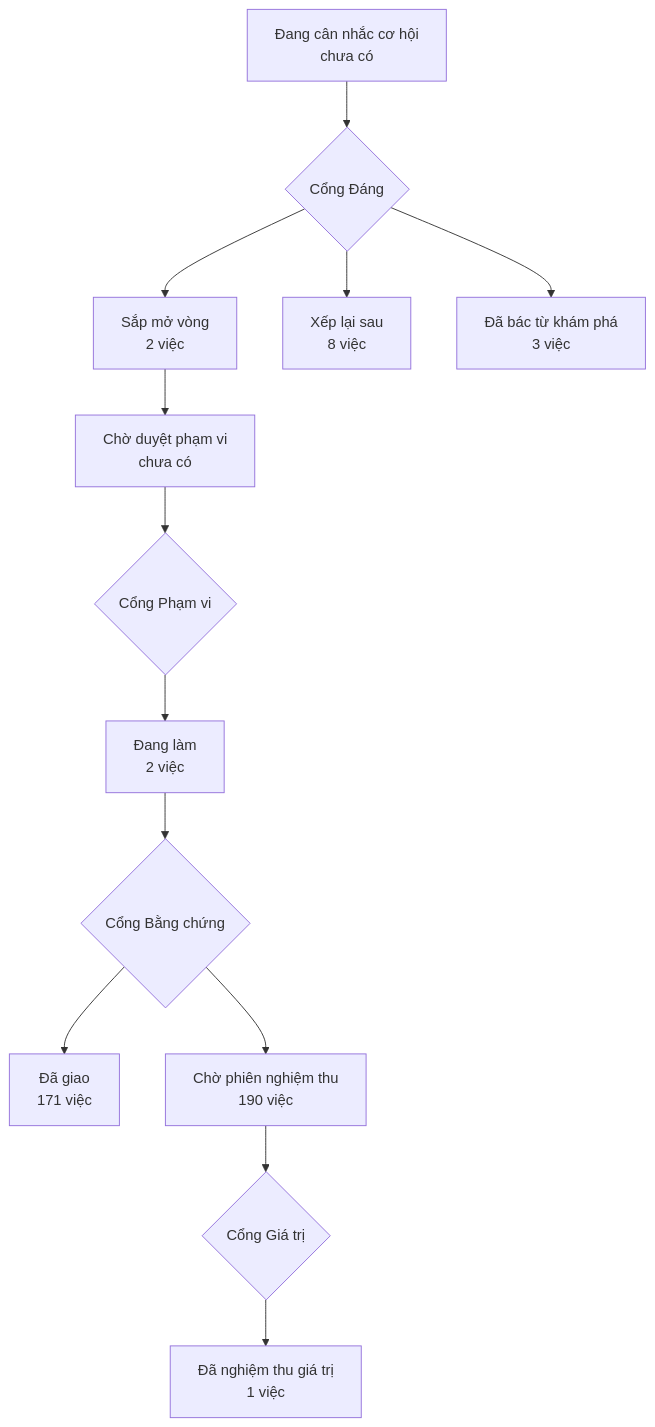
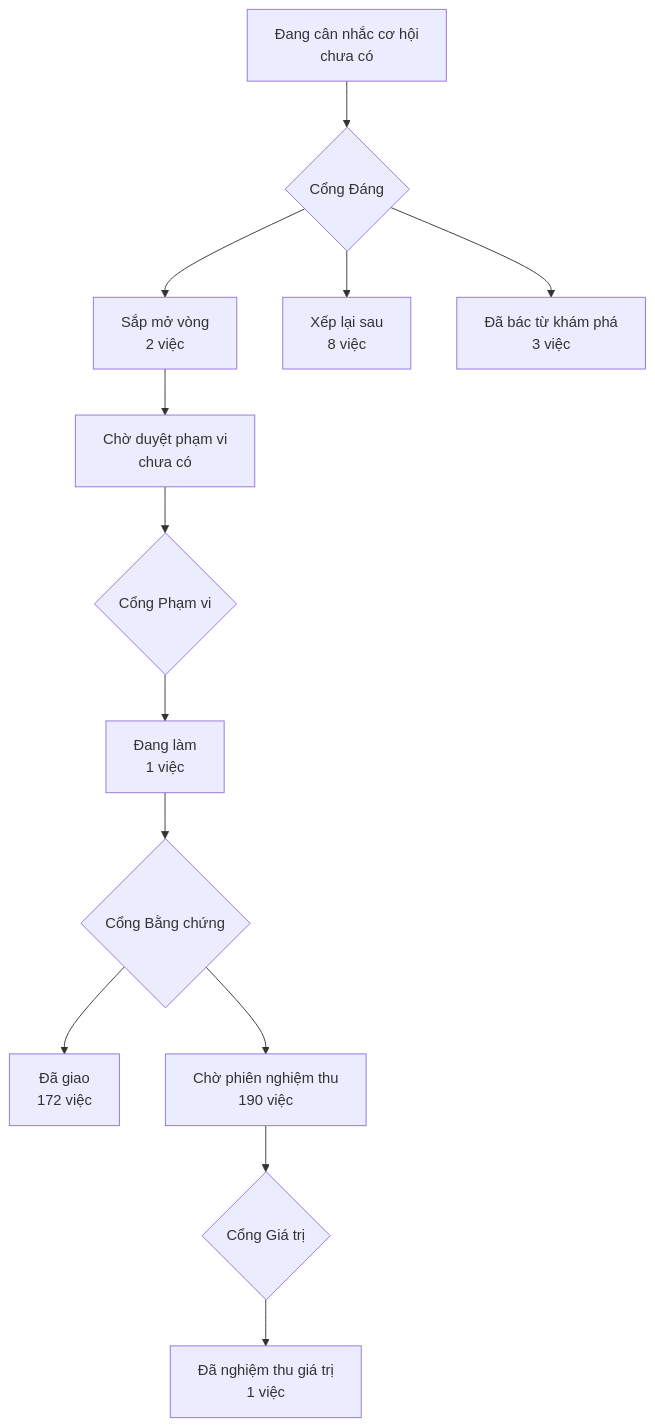
Before and after one commit to phanlemanh/crm-onehub: the diagram in PRODUCT-MAP.md, drawn with Mermaid. The commit also changed other lines of this file and 8 other files, not shown here.

Commit message:
chore(rang-khung-trang-mo): bằng chứng S4 lượt 1 — PASS 9/9, máy thông (machine-cleared)

````diff
--- a/PRODUCT-MAP.md
+++ b/PRODUCT-MAP.md
@@ -7,12 +7,12 @@
 ```mermaid
 flowchart TD
   A["Đang cân nhắc cơ hội<br/>chưa có"] --> GD{"Cổng Đáng"}
   GD --> B["Sắp mở vòng<br/>2 việc"]
   GD --> XL["Xếp lại sau<br/>8 việc"]
   GD --> DB["Đã bác từ khám phá<br/>3 việc"]
   B --> CD["Chờ duyệt phạm vi<br/>chưa có"] --> GP{"Cổng Phạm vi"}
-  GP --> DL["Đang làm<br/>2 việc"] --> GB{"Cổng Bằng chứng"}
-  GB --> DG["Đã giao<br/>171 việc"]
+  GP --> DL["Đang làm<br/>1 việc"] --> GB{"Cổng Bằng chứng"}
+  GB --> DG["Đã giao<br/>172 việc"]
   GB --> CN["Chờ phiên nghiệm thu<br/>190 việc"] --> GG{"Cổng Giá trị"}
   GG --> NT["Đã nghiệm thu giá trị<br/>1 việc"]
 ```
````
